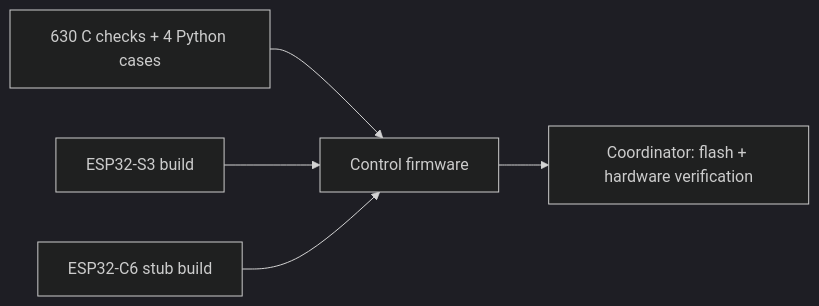
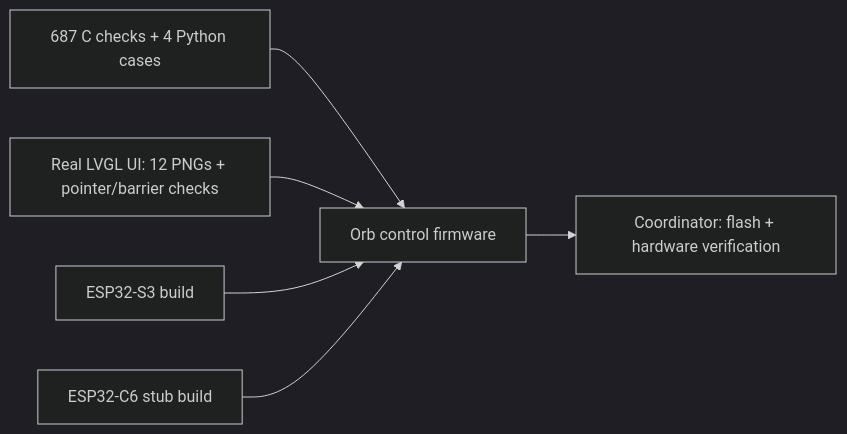
Before and after one commit to Harwasch/voiceremote: the diagram in FW/handoff.md, drawn with Mermaid (dark theme). The commit also changed other lines of this file and 34 other files, not shown here.

````diff
--- a/FW/handoff.md
+++ b/FW/handoff.md
@@ -3,7 +3,7 @@
 ```mermaid
 flowchart LR
-    Host[630 C checks + 4 Python cases] --> Logic[Control firmware]
-    S3[ESP32-S3 build] --> Logic
-    C6[ESP32-C6 stub build] --> Logic
-    Logic --> Pending[Coordinator: flash + hardware verification]
+    Logic[687 C checks + 4 Python cases] --> FW[Orb control firmware]
+    Preview[Real LVGL UI: 12 PNGs + pointer/barrier checks] --> FW
+    S3[ESP32-S3 build] & C6[ESP32-C6 stub build] --> FW
+    FW --> Pending[Coordinator: flash + hardware verification]
 ```
````
